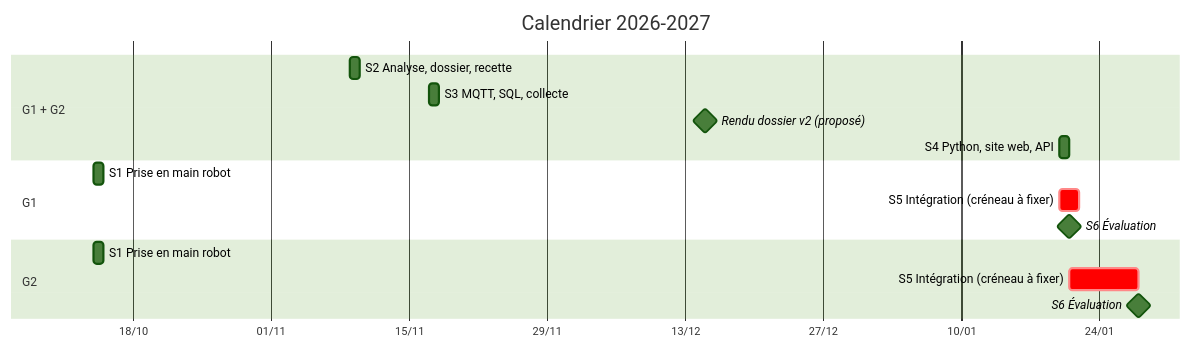
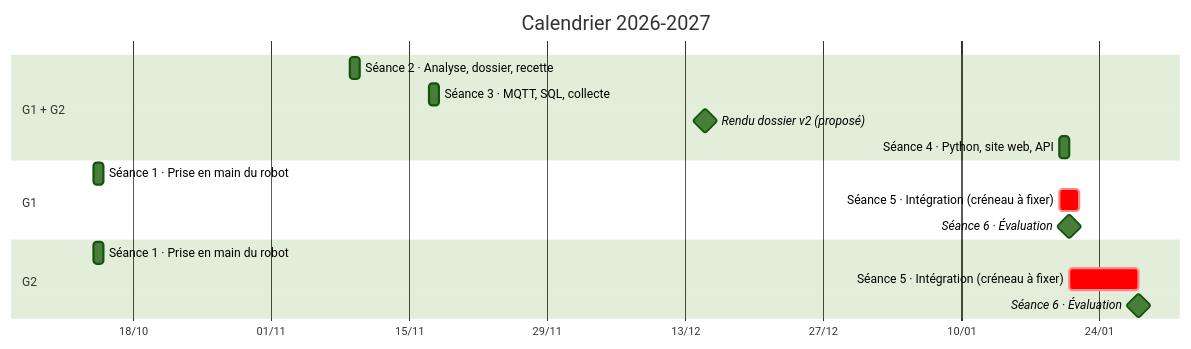
One commit to fabrice1618/niryo2 changed the first of 4 diagrams in progression_pedagogique/BACHINGE24.md. Above: the diagram before and after it, drawn with Mermaid (forest theme). The commit also changed other lines of this file and 2 other files, not shown here.

````diff
--- a/progression_pedagogique/BACHINGE24.md
+++ b/progression_pedagogique/BACHINGE24.md
@@ -76,21 +83,21 @@
 ```mermaid
 gantt
     title Calendrier 2026-2027
     dateFormat YYYY-MM-DD
     axisFormat %d/%m
     tickInterval 2week
     todayMarker off
     section G1 + G2
-        S2 Analyse, dossier, recette       : 2026-11-09, 1d
-        S3 MQTT, SQL, collecte             : 2026-11-17, 1d
-        Rendu dossier v2 (proposé)         : milestone, 2026-12-15, 0d
-        S4 Python, site web, API           : 2027-01-20, 1d
+        Séance 2 · Analyse, dossier, recette      : 2026-11-09, 1d
+        Séance 3 · MQTT, SQL, collecte            : 2026-11-17, 1d
+        Rendu dossier v2 (proposé)                : milestone, 2026-12-15, 0d
+        Séance 4 · Python, site web, API          : 2027-01-20, 1d
     section G1
-        S1 Prise en main robot             : 2026-10-14, 1d
-        S5 Intégration (créneau à fixer)   : crit, 2027-01-20, 2d
-        S6 Évaluation                      : milestone, 2027-01-21, 0d
+        Séance 1 · Prise en main du robot         : 2026-10-14, 1d
+        Séance 5 · Intégration (créneau à fixer)  : crit, 2027-01-20, 2d
+        Séance 6 · Évaluation                     : milestone, 2027-01-21, 0d
     section G2
-        S1 Prise en main robot             : 2026-10-14, 1d
-        S5 Intégration (créneau à fixer)   : crit, 2027-01-21, 7d
-        S6 Évaluation                      : milestone, 2027-01-28, 0d
+        Séance 1 · Prise en main du robot         : 2026-10-14, 1d
+        Séance 5 · Intégration (créneau à fixer)  : crit, 2027-01-21, 7d
+        Séance 6 · Évaluation                     : milestone, 2027-01-28, 0d
 ```
````
